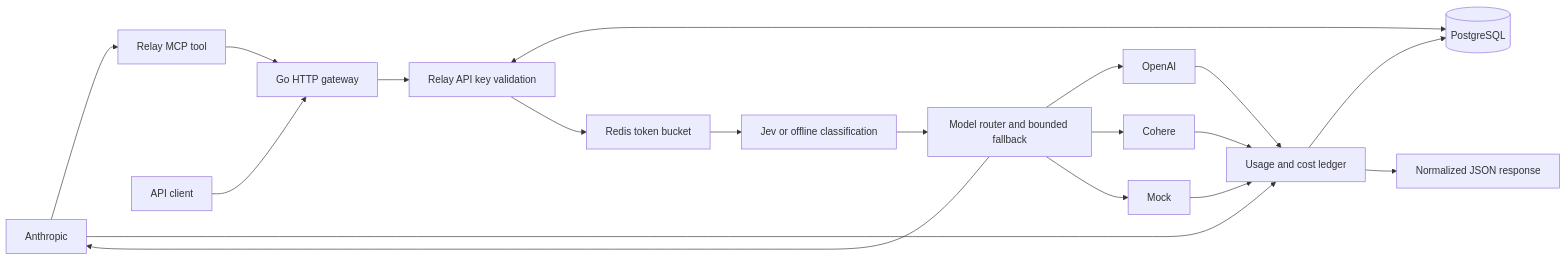
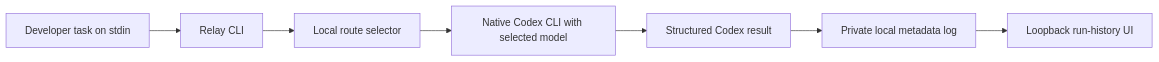
Before and after one commit to KennyMx/Relay: the diagram in README.md, drawn with Mermaid. The commit also changed other lines of this file and 26 other files, not shown here.

Commit message:
Make Relay a Codex-native task router with real run history

````diff
--- a/README.md
+++ b/README.md
@@ -123,18 +69,9 @@
 ```mermaid
 flowchart LR
-    A[Codex or Claude Code] --> T[Relay MCP tool]
-    T --> G[Go HTTP gateway]
-    C[API client] --> G
-    G --> K[Relay API key validation]
-    K <--> P[(PostgreSQL)]
-    K --> B[Redis token bucket]
-    B --> J[Jev or offline classification]
-    J --> R[Model router and bounded fallback]
-    R --> O[OpenAI]
-    R --> A[Anthropic]
-    R --> H[Cohere]
-    R --> M[Mock]
-    O & A & H & M --> L[Usage and cost ledger]
-    L --> P
-    L --> N[Normalized JSON response]
+    U[Developer task on stdin] --> R[Relay CLI]
+    R --> C[Local route selector]
+    C --> X[Native Codex CLI with selected model]
+    X --> J[Structured Codex result]
+    J --> L[Private local metadata log]
+    L --> W[Loopback run-history UI]
 ```
````
